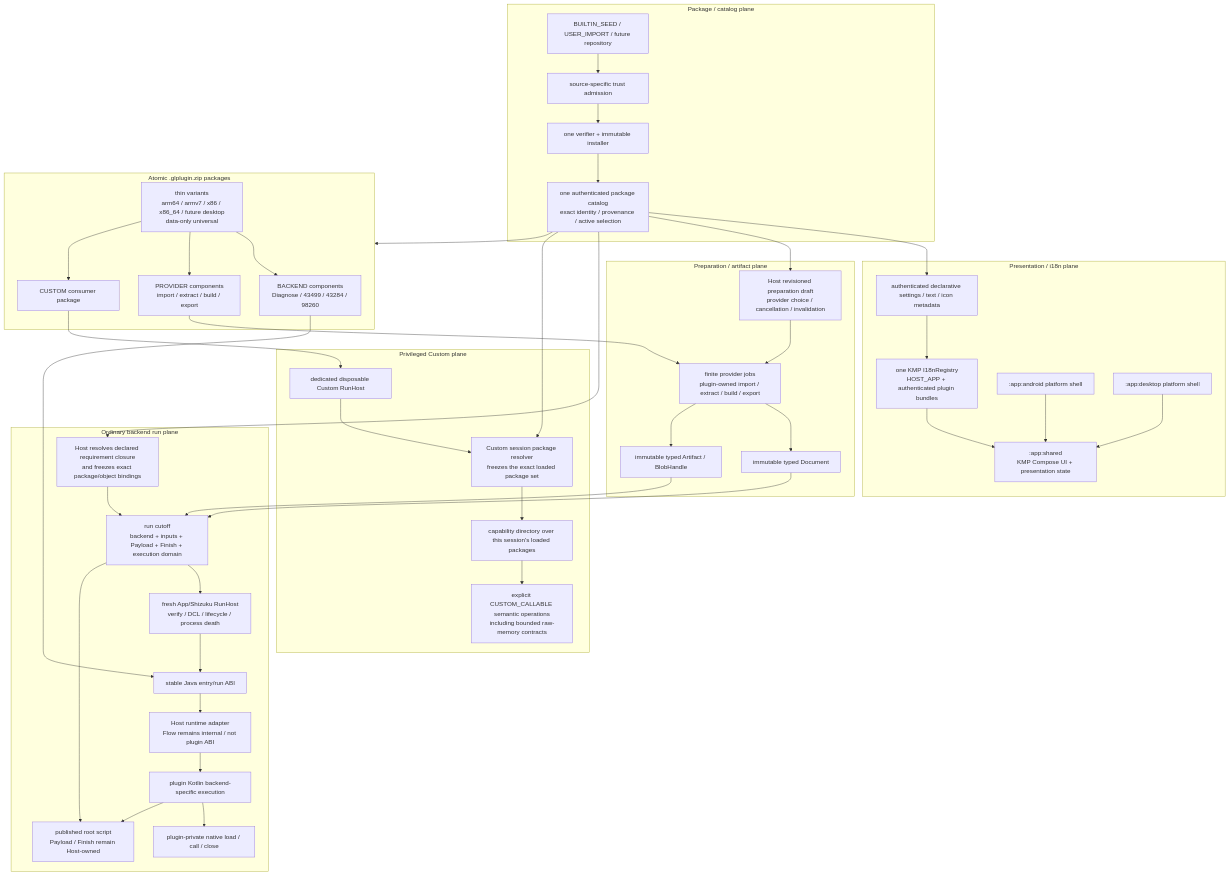
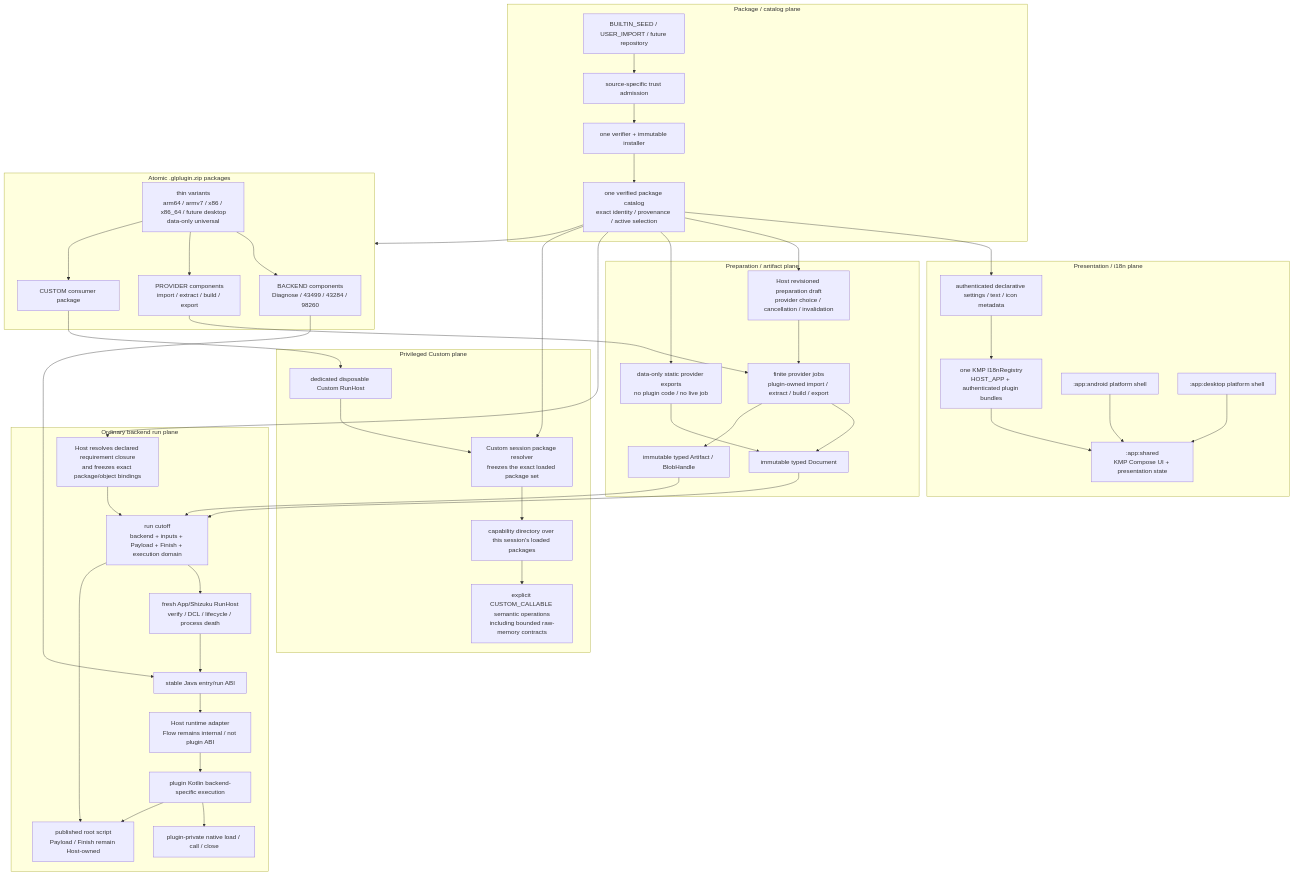
Before and after one commit to YuKongA/ghostlock-app: the first of 6 diagrams in docs/development/active-plan-target-uml.md, drawn with Mermaid. The commit also changed other lines of this file and 7 other files, not shown here.

Commit message:
docs(plugin): design data-only profile provider

````diff
--- a/docs/development/active-plan-target-uml.md
+++ b/docs/development/active-plan-target-uml.md
@@ -13,74 +13,77 @@
 ```mermaid
 flowchart TB
   subgraph DIST[Package / catalog plane]
     SOURCES["BUILTIN_SEED / USER_IMPORT / future repository"]
     ADMISSION["source-specific trust admission"]
     VERIFY["one verifier + immutable installer"]
-    CATALOG["one authenticated package catalog\nexact identity / provenance / active selection"]
+    CATALOG["one verified package catalog\nexact identity / provenance / active selection"]
     SOURCES --> ADMISSION --> VERIFY --> CATALOG
   end
 
   subgraph PACKAGES[Atomic .glplugin.zip packages]
     BACKEND["BACKEND components\nDiagnose / 43499 / 43284 / 98260"]
     PROVIDER["PROVIDER components\nimport / extract / build / export"]
     CUSTOM["CUSTOM consumer package"]
     VARIANTS["thin variants\narm64 / armv7 / x86 / x86_64 / future desktop\ndata-only universal"]
     VARIANTS --> BACKEND
     VARIANTS --> PROVIDER
     VARIANTS --> CUSTOM
   end
 
   subgraph PRESENTATION[Presentation / i18n plane]
     SHAREDUI[":app:shared\nKMP Compose UI + presentation state"]
     I18N["one KMP I18nRegistry\nHOST_APP + authenticated plugin bundles"]
     DECL["authenticated declarative settings / text / icon metadata"]
     ANDROID[":app:android platform shell"]
     DESKTOP[":app:desktop platform shell"]
     DECL --> I18N --> SHAREDUI
     ANDROID --> SHAREDUI
     DESKTOP --> SHAREDUI
   end
 
   subgraph PREPARATION[Preparation / artifact plane]
     DRAFT["Host revisioned preparation draft\nprovider choice / cancellation / invalidation"]
     JOB["finite provider jobs\nplugin-owned import / extract / build / export"]
+    STATIC["data-only static provider exports\nno plugin code / no live job"]
     DOC["immutable typed Document"]
     ART["immutable typed Artifact / BlobHandle"]
     DRAFT --> JOB
     JOB --> DOC
     JOB --> ART
+    STATIC --> DOC
   end
 
   subgraph ORDINARY[Ordinary backend run plane]
     RESOLVE["Host resolves declared requirement closure\nand freezes exact package/object bindings"]
     CUTOFF["run cutoff\nbackend + inputs + Payload + Finish + execution domain"]
     RUNHOST["fresh App/Shizuku RunHost\nverify / DCL / lifecycle / process death"]
     ENTRY["stable Java entry/run ABI"]
     ADAPTER["Host runtime adapter\nFlow remains internal / not plugin ABI"]
     IMPL["plugin Kotlin backend-specific execution"]
     NATIVE["plugin-private native load / call / close"]
     ROOT["published root script\nPayload / Finish remain Host-owned"]
     RESOLVE --> CUTOFF --> RUNHOST --> ENTRY --> ADAPTER --> IMPL --> NATIVE
     CUTOFF --> ROOT
     IMPL --> ROOT
   end
 
   subgraph PRIVILEGED[Privileged Custom plane]
     CRUNHOST["dedicated disposable Custom RunHost"]
     SESSIONSET["Custom session package resolver\nfreezes the exact loaded package set"]
     DIRECTORY["capability directory over this session's loaded packages"]
     EXPORTS["explicit CUSTOM_CALLABLE semantic operations\nincluding bounded raw-memory contracts"]
     CRUNHOST --> SESSIONSET --> DIRECTORY --> EXPORTS
   end
 
   CATALOG --> PACKAGES
   CATALOG --> DECL
   CATALOG --> DRAFT
+  CATALOG --> STATIC
   CATALOG --> RESOLVE
   PROVIDER --> JOB
   BACKEND --> ENTRY
   CUSTOM --> CRUNHOST
   CATALOG --> SESSIONSET
   DOC --> CUTOFF
   ART --> CUTOFF
 ```
````
